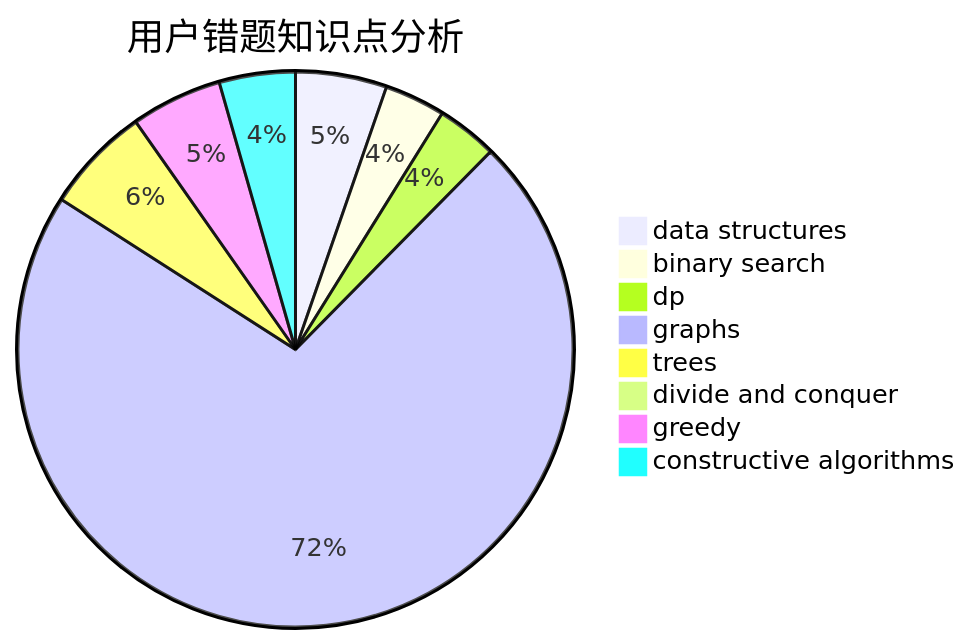
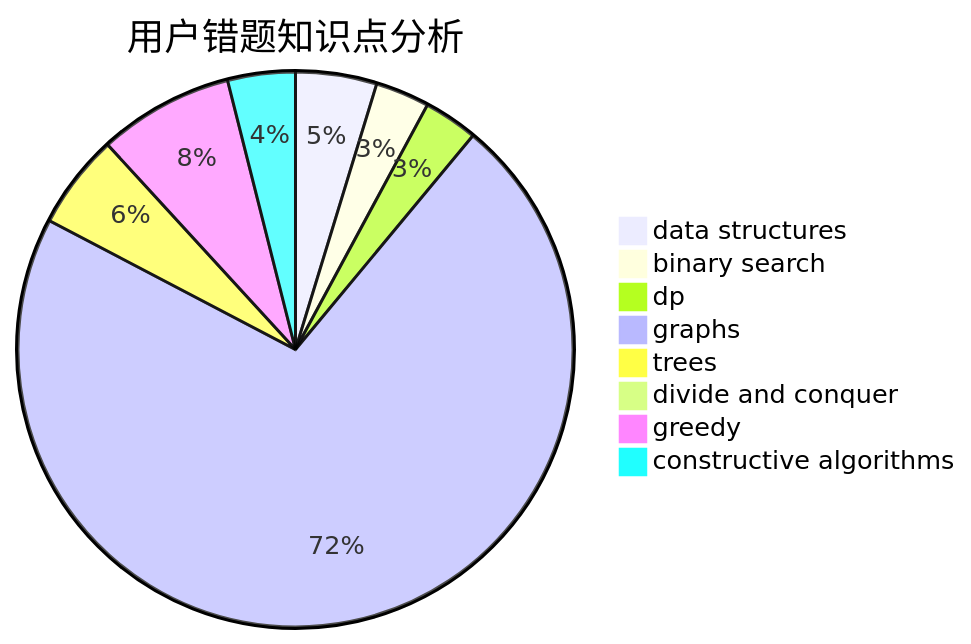
One commit to sherpahu/cfrs.github.io changed the third of 3 diagrams in docs/user/u2358.md. Above: the diagram before and after it, drawn with Mermaid. The commit also changed other lines of this file and 2770 other files, not shown here.

````diff
--- a/docs/user/u2358.md
+++ b/docs/user/u2358.md
@@ -36,11 +36,11 @@
 ```mermaid
 pie title 用户错题知识点分析
     "data structures" :  6
     "binary search" :  4
     "dp" :  4
-    "graphs" :  81
+    "graphs" :  91
     "trees" :  7
     "divide and conquer" :  0
-    "greedy" :  6
+    "greedy" :  10
     "constructive algorithms" :  5
 ```
````
